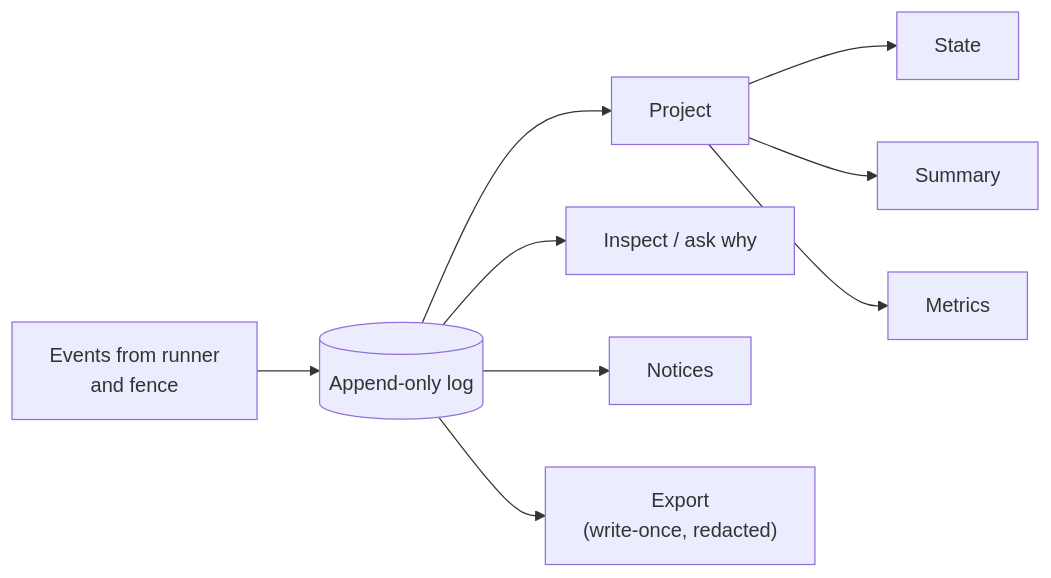
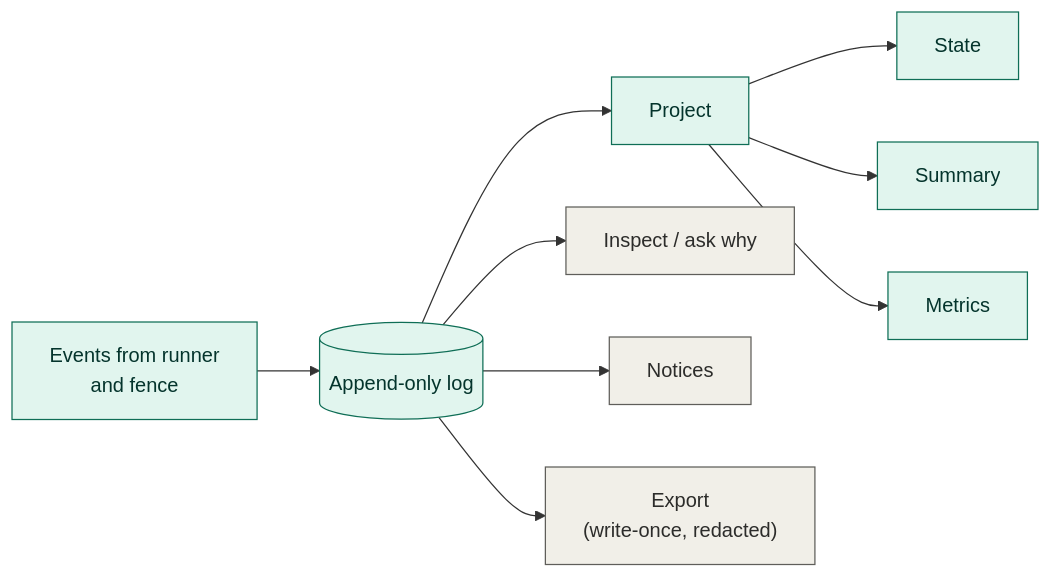
The diagram in docs/design/core/records.md (agentic-workflow-kit/jig), drawn with Mermaid before and after one commit. The commit also changed 8 other files, not shown here.

First line of the commit message:
docs: style design-layer diagrams by category

````diff
--- a/docs/design/core/records.md
+++ b/docs/design/core/records.md
@@ -28,11 +28,16 @@
 ```mermaid
 flowchart LR
     Events["Events from runner<br/>and fence"] --> Log[("Append-only log")]
     Log --> Project["Project"]
     Project --> State["State"]
     Project --> Summary["Summary"]
     Project --> Metrics["Metrics"]
     Log --> Inspect["Inspect / ask why"]
     Log --> Notices["Notices"]
     Log --> Export["Export<br/>(write-once, redacted)"]
+
+    classDef core fill:#E1F5EE,stroke:#0F6E56,color:#04342C;
+    classDef neutral fill:#F1EFE8,stroke:#5F5E5A,color:#2C2C2A;
+    class Events,Log,Project,State,Summary,Metrics core;
+    class Inspect,Notices,Export neutral;
 ```
````
